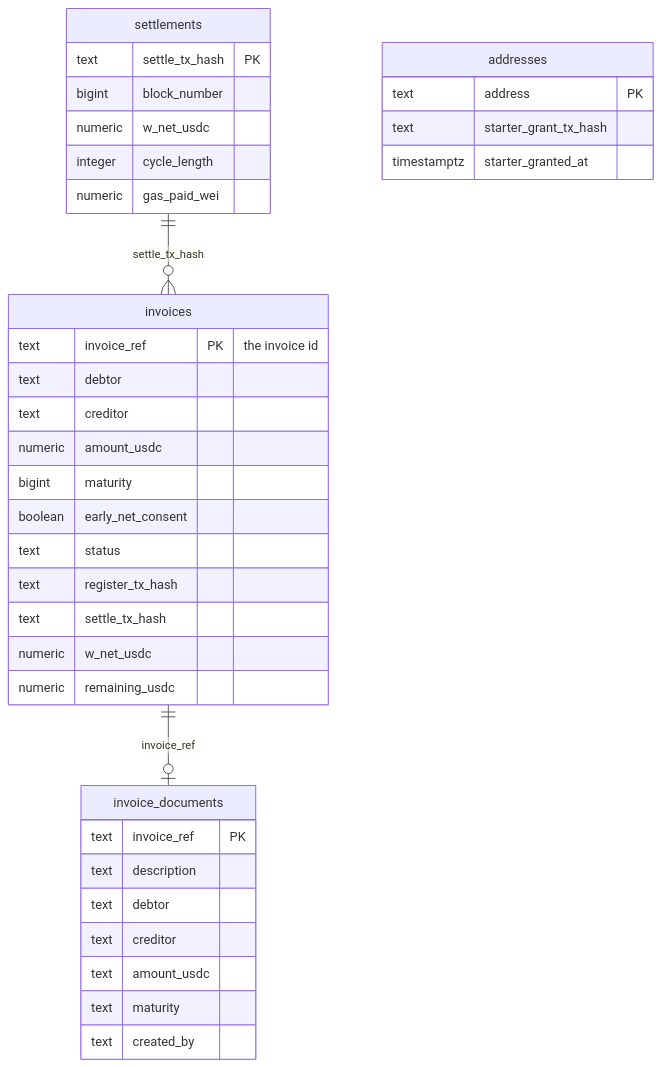
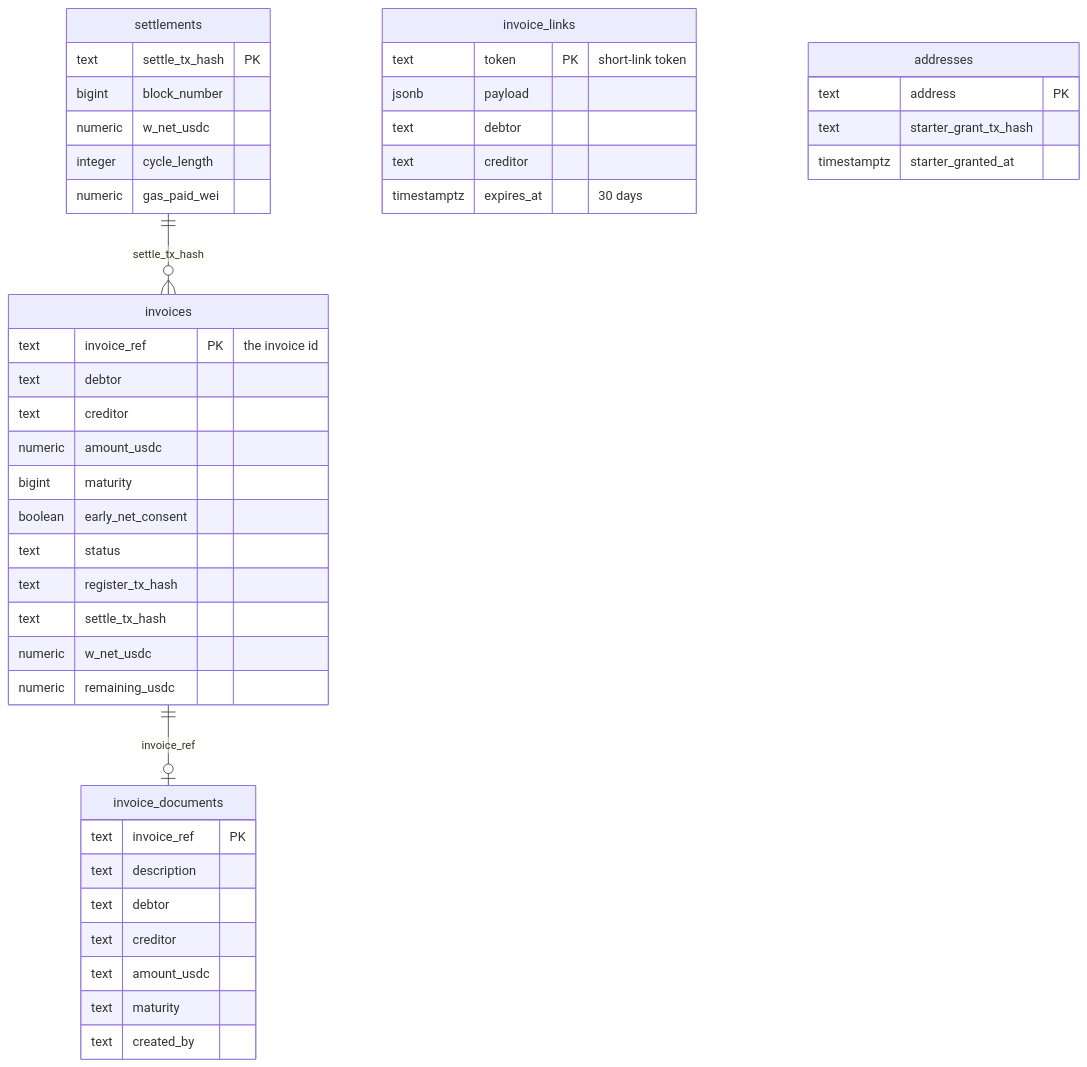
Before and after one commit to AduAkorful/contraflow: the first of 3 diagrams in docs/gitbook/reference/data-model.md, drawn with Mermaid. The commit also changed other lines of this file and 41 other files, not shown here.

````diff
--- a/docs/gitbook/reference/data-model.md
+++ b/docs/gitbook/reference/data-model.md
@@ -12,39 +12,46 @@
 ```mermaid
 erDiagram
   invoices {
     text invoice_ref PK "the invoice id"
     text debtor
     text creditor
     numeric amount_usdc
     bigint maturity
     boolean early_net_consent
     text status
     text register_tx_hash
     text settle_tx_hash
     numeric w_net_usdc
     numeric remaining_usdc
   }
   settlements {
     text settle_tx_hash PK
     bigint block_number
     numeric w_net_usdc
     integer cycle_length
     numeric gas_paid_wei
   }
   invoice_documents {
     text invoice_ref PK
     text description
     text debtor
     text creditor
     text amount_usdc
     text maturity
     text created_by
   }
+  invoice_links {
+    text token PK "short-link token"
+    jsonb payload
+    text debtor
+    text creditor
+    timestamptz expires_at "30 days"
+  }
   addresses {
     text address PK
     text starter_grant_tx_hash
     timestamptz starter_granted_at
   }
   settlements ||--o{ invoices : "settle_tx_hash"
   invoices ||--o| invoice_documents : "invoice_ref"
 ```
````
